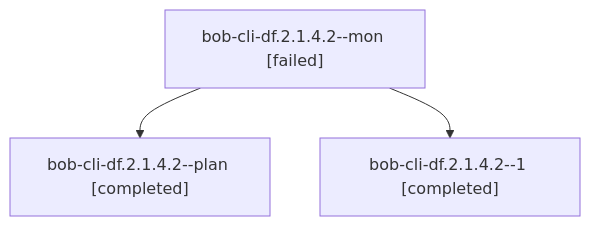
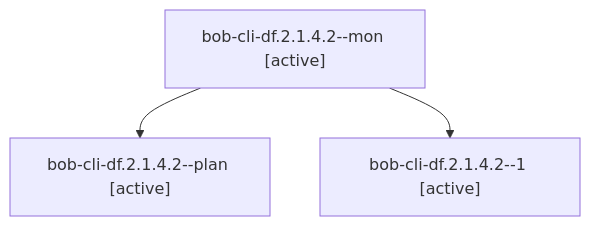
The diagram in sessions/bbugyi200.athena.bob-cli-df.2.1.4.2.md (bobs-org/bob-cli--agents), drawn with Mermaid before and after one commit. The commit also changed other lines of this file and 128 other files, not shown here.

````diff
--- a/sessions/bbugyi200.athena.bob-cli-df.2.1.4.2.md
+++ b/sessions/bbugyi200.athena.bob-cli-df.2.1.4.2.md
@@ -9,8 +9,8 @@
 ```mermaid
 flowchart TD
-  n0["bob-cli-df.2.1.4.2--mon [failed]"]
-  n1["bob-cli-df.2.1.4.2--plan [completed]"]
+  n0["bob-cli-df.2.1.4.2--mon [active]"]
+  n1["bob-cli-df.2.1.4.2--plan [active]"]
   n0 --> n1
-  n2["bob-cli-df.2.1.4.2--1 [completed]"]
+  n2["bob-cli-df.2.1.4.2--1 [active]"]
   n0 --> n2
 ```
````
